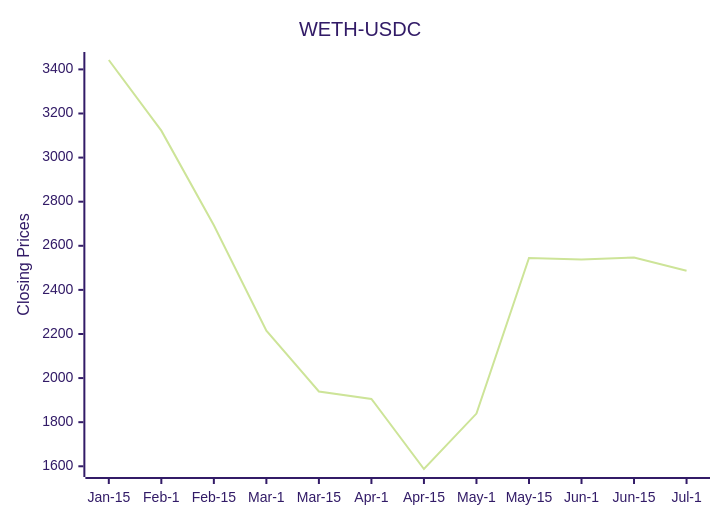
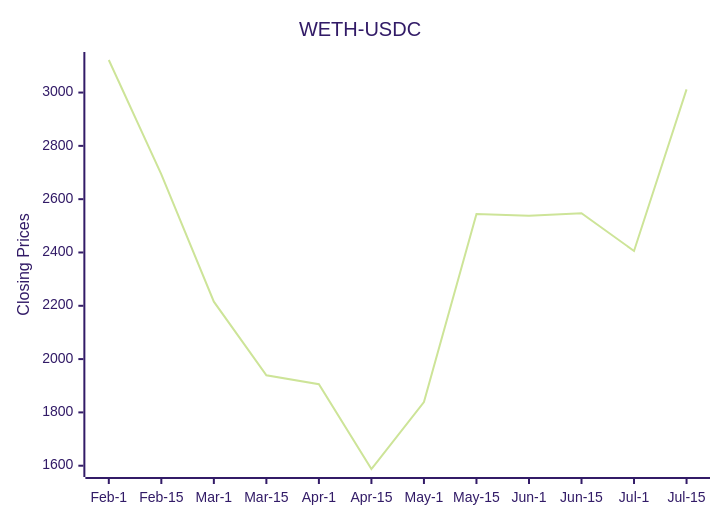
Before and after one commit to bicced/ReadmeCryptoPriceChart: the diagram in README.md, drawn with Mermaid (forest theme).

Commit message:
Update README with latest DEX data

````diff
--- a/README.md
+++ b/README.md
@@ -6,7 +6,7 @@
 ```mermaid
 xychart-beta
   title "WETH-USDC"
-  x-axis [Jan-15,Feb-1,Feb-15,Mar-1,Mar-15,Apr-1,Apr-15,May-1,May-15,Jun-1,Jun-15,Jul-1]
-  y-axis "Closing Prices" 1587.66 --> 3442.60666821535
-  line [3442.60666821535,3122.15,2693.01,2215.45,1939.29,1905.62,1587.66,1839.06,2544.38,2538.04,2547.02,2487.06]
+  x-axis [Feb-1,Feb-15,Mar-1,Mar-15,Apr-1,Apr-15,May-1,May-15,Jun-1,Jun-15,Jul-1,Jul-15]
+  y-axis "Closing Prices" 1587.66 --> 3122.15
+  line [3122.15,2693.01,2215.45,1939.29,1905.62,1587.66,1839.06,2544.38,2538.04,2547.02,2405.73,3011.79]
 ```
````
